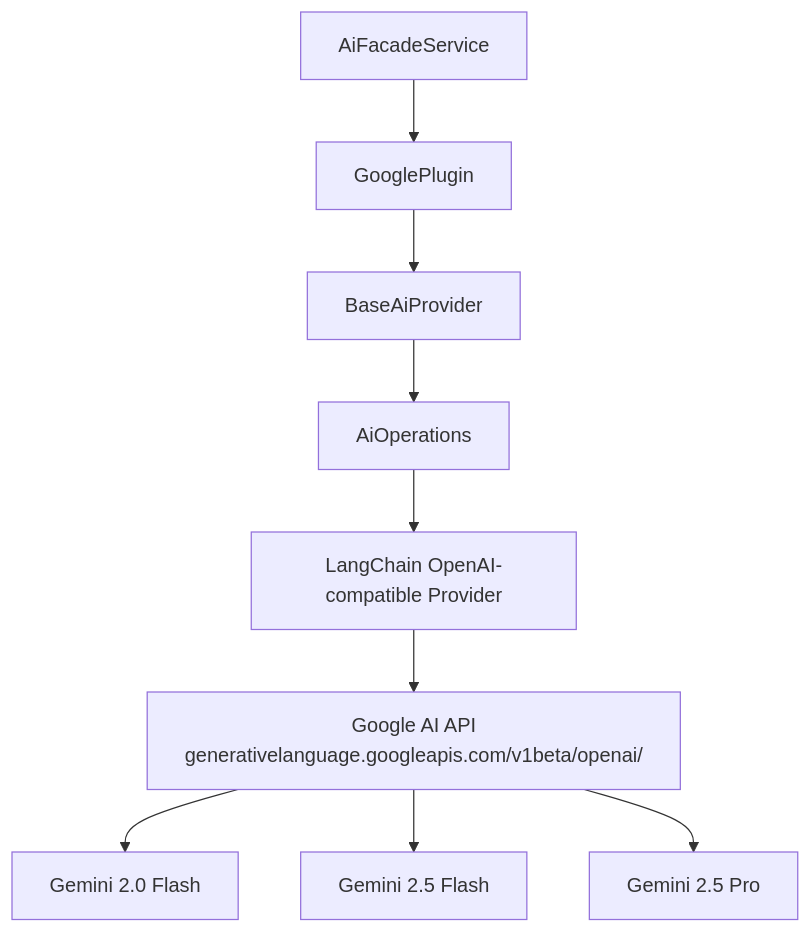
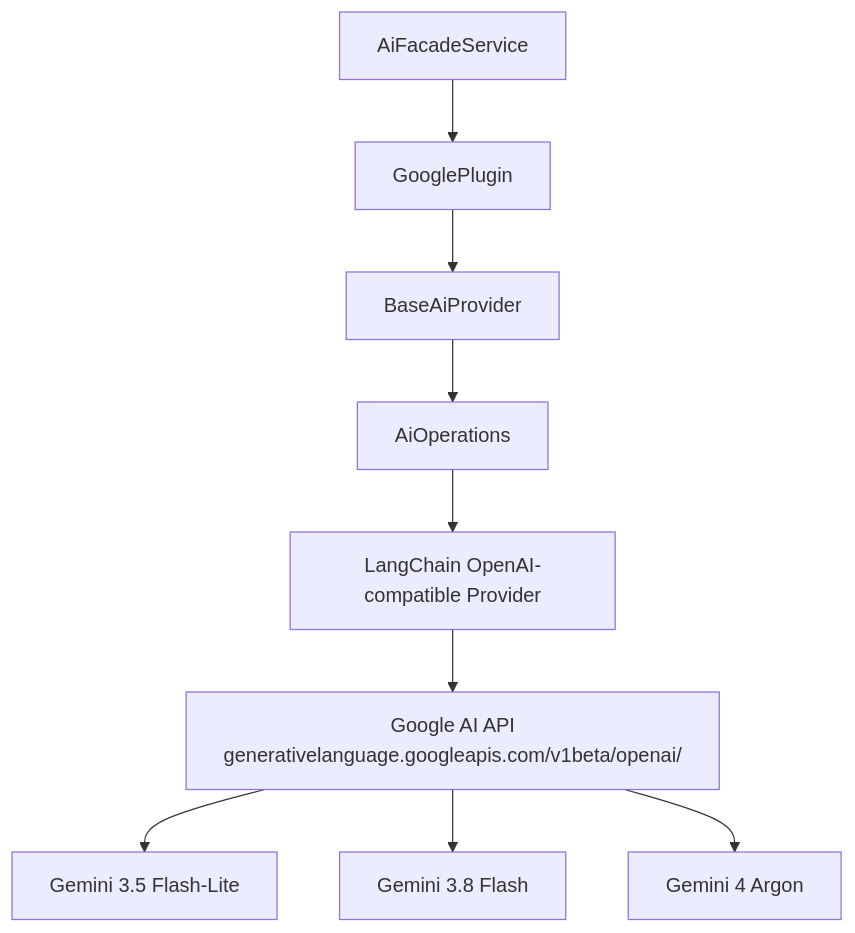
The first of 4 diagrams in docs/plugin-system/google-ai-plugin.md (ever-works/ever-works), drawn with Mermaid before and after one commit. The commit also changed other lines of this file and 23 other files, not shown here.

````diff
--- a/docs/plugin-system/google-ai-plugin.md
+++ b/docs/plugin-system/google-ai-plugin.md
@@ -31,11 +31,11 @@
 ```mermaid
 graph TD
     A[AiFacadeService] --> B[GooglePlugin]
     B --> C[BaseAiProvider]
     C --> D[AiOperations]
     D --> E["LangChain OpenAI-compatible Provider"]
     E --> F["Google AI API<br/>generativelanguage.googleapis.com/v1beta/openai/"]
-    F --> G["Gemini 2.0 Flash"]
-    F --> H["Gemini 2.5 Flash"]
-    F --> I["Gemini 2.5 Pro"]
+    F --> G["Gemini 3.5 Flash-Lite"]
+    F --> H["Gemini 3.8 Flash"]
+    F --> I["Gemini 4 Argon"]
 ```
````
